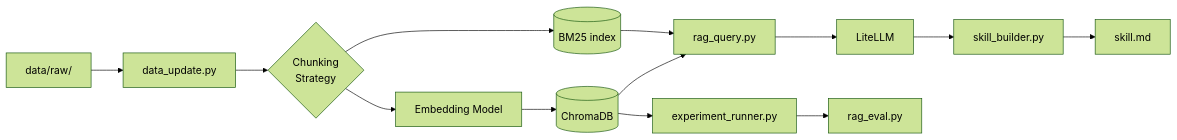
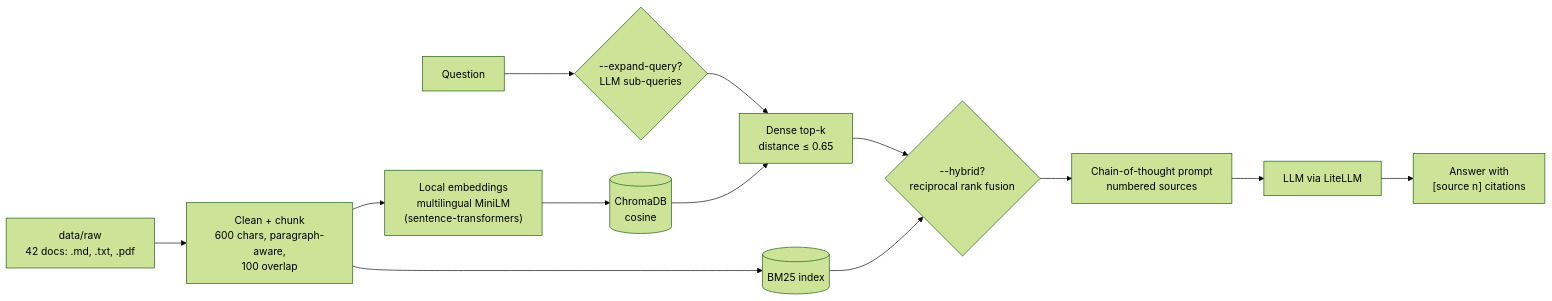
Before and after one commit to DancinAndrew/CypherOG: the diagram in README.md, drawn with Mermaid (forest theme). The commit also changed other lines of this file and 1 other file, not shown here.

````diff
--- a/README.md
+++ b/README.md
@@ -67,15 +17,15 @@
 ```mermaid
-graph LR
-    A[data/raw/] --> B[data_update.py]
-    B --> C{Chunking\nStrategy}
-    C --> D[Embedding Model]
-    D --> E[(ChromaDB)]
-    C --> K[(BM25 index)]
-    E --> F[rag_query.py]
-    K --> F
-    F --> G[LiteLLM]
-    G --> H[skill_builder.py]
-    H --> I[skill.md]
-    E --> X[experiment_runner.py]
-    X --> Y[rag_eval.py]
+flowchart LR
+    R["data/raw<br/>42 docs: .md, .txt, .pdf"] --> C["Clean + chunk<br/>600 chars, paragraph-aware,<br/>100 overlap"]
+    C --> E["Local embeddings<br/>multilingual MiniLM<br/>(sentence-transformers)"]
+    E --> V[("ChromaDB<br/>cosine")]
+    C --> B[("BM25 index")]
+    Q["Question"] --> X{"--expand-query?<br/>LLM sub-queries"}
+    X --> D["Dense top-k<br/>distance ≤ 0.65"]
+    V --> D
+    D --> F{"--hybrid?<br/>reciprocal rank fusion"}
+    B --> F
+    F --> P["Chain-of-thought prompt<br/>numbered sources"]
+    P --> L["LLM via LiteLLM"]
+    L --> A["Answer with<br/>[source n] citations"]
 ```
````
